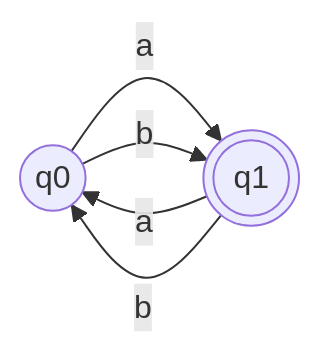
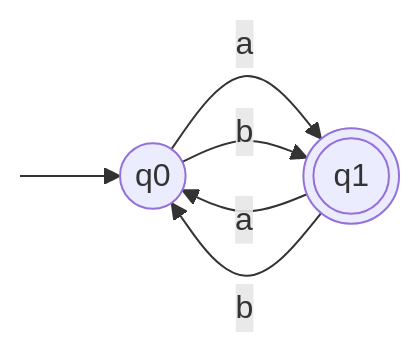
The diagram in sem3/TIN/UE/bf/TI-bf-u03.md (bfeitknecht/vault), drawn with Mermaid before and after one commit.

Commit message:
backup: 2024-10-08T13:38:14+02:00 from MacBook Pro (echo)
Affected files:
sem3/TIN/UE/bf/TI-bf-u03.md

````diff
--- a/sem3/TIN/UE/bf/TI-bf-u03.md
+++ b/sem3/TIN/UE/bf/TI-bf-u03.md
@@ -22,11 +22,18 @@
 ```mermaid
 flowchart LR
 
+classDef hidden display: none;
+
+S:::hidden
 id0((q0))
 id1(((q1)))
 
 %%%%%%%%
 
-id0 -->|"a"| id1 -->|"a"| id0
-id0 -->|"b"| id1 -->|"b"| id0
+S --> id0
+id0 -->|"a"| id1
+id0 -->|"b"| id1
+
+id1 -->|"a"| id0
+id1 -->|"b"| id0
 ```
````
